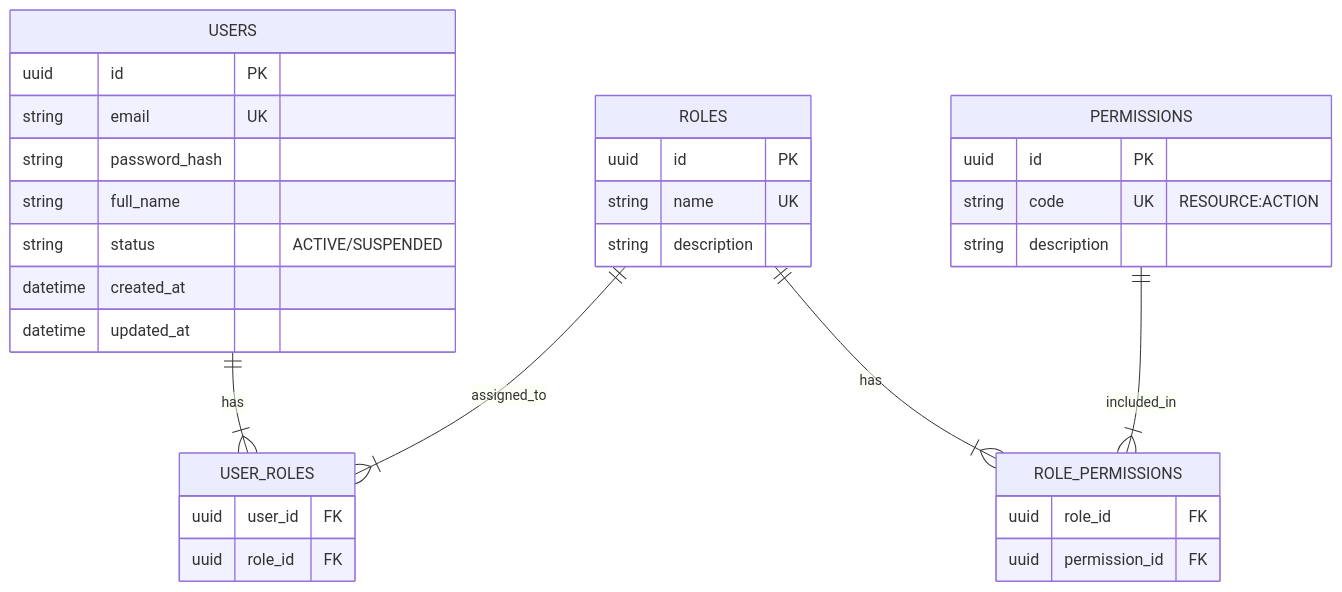
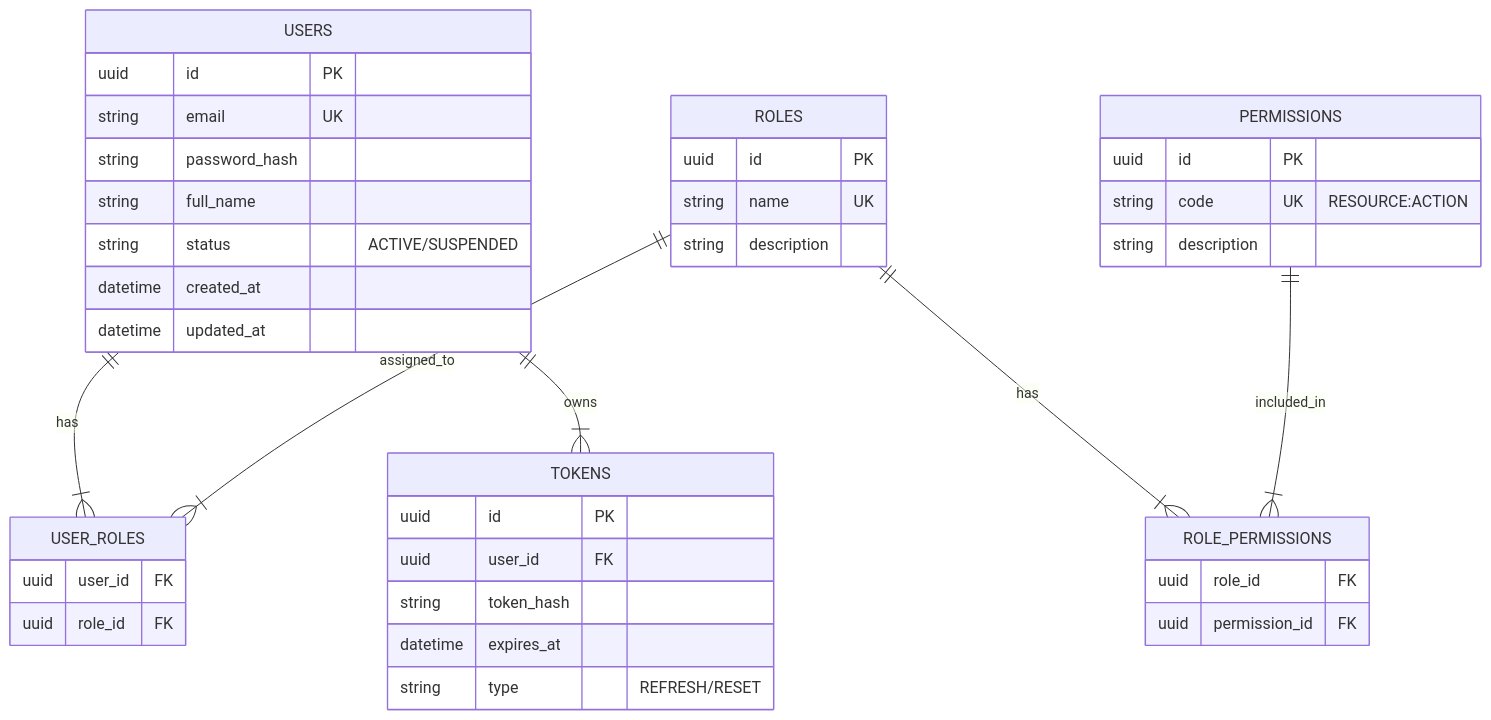
One commit to vheins/vibe-coding-template changed the second of 2 diagrams in .agent/modules/iam-security/overview.md. Above: the diagram before and after it, drawn with Mermaid. The commit also changed other lines of this file and 3 other files, not shown here.

````diff
--- a/.agent/modules/iam-security/overview.md
+++ b/.agent/modules/iam-security/overview.md
@@ -52,39 +113,48 @@
 ```mermaid
 erDiagram
     USERS {
         uuid id PK
         string email UK
         string password_hash
         string full_name
         string status "ACTIVE/SUSPENDED"
         datetime created_at
         datetime updated_at
     }
 
     ROLES {
         uuid id PK
         string name UK
         string description
     }
 
     PERMISSIONS {
         uuid id PK
         string code UK "RESOURCE:ACTION"
         string description
     }
 
     USER_ROLES {
         uuid user_id FK
         uuid role_id FK
     }
 
     ROLE_PERMISSIONS {
         uuid role_id FK
         uuid permission_id FK
     }
 
+    TOKENS {
+        uuid id PK
+        uuid user_id FK
+        string token_hash
+        datetime expires_at
+        string type "REFRESH/RESET"
+    }
+
     USERS ||--|{ USER_ROLES : has
     ROLES ||--|{ USER_ROLES : assigned_to
     ROLES ||--|{ ROLE_PERMISSIONS : has
     PERMISSIONS ||--|{ ROLE_PERMISSIONS : included_in
+    USERS ||--|{ TOKENS : owns
 ```
````
